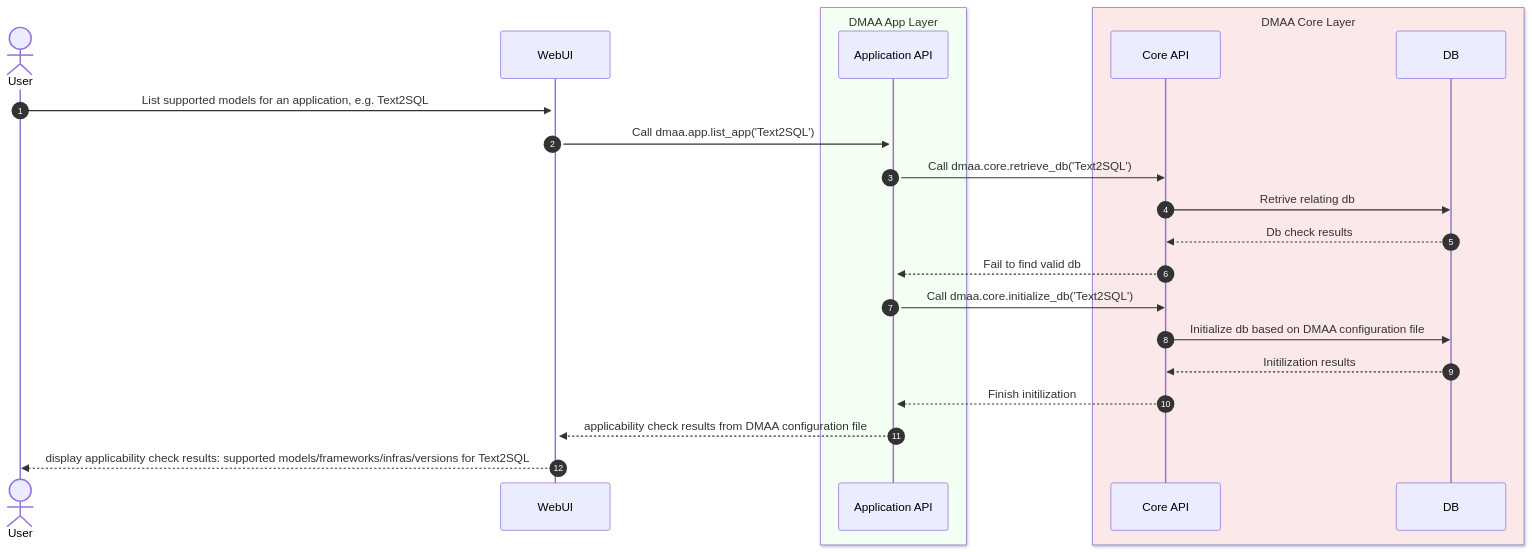
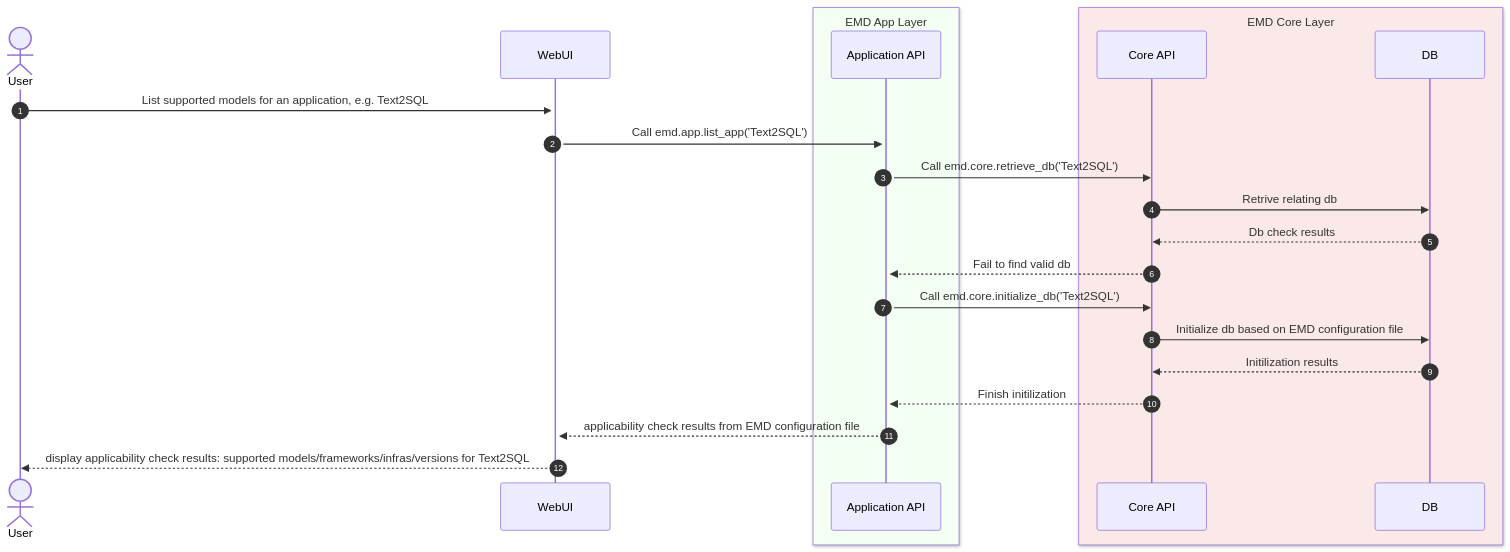
The diagram in docs/time-sequence/applicability-check-before-initialization.md (yanbasic/easy-model-deployer), drawn with Mermaid before and after one commit. The commit also changed 192 other files, not shown here.

````diff
--- a/docs/time-sequence/applicability-check-before-initialization.md
+++ b/docs/time-sequence/applicability-check-before-initialization.md
@@ -5,26 +5,26 @@
 ```mermaid
 sequenceDiagram
     autonumber
     actor User
     User->>+WebUI: List supported models for an application, e.g. Text2SQL
-    box rgb(243, 255, 242) DMAA App Layer
+    box rgb(243, 255, 242) EMD App Layer
     participant Application API
     end
 
-    box rgb(250, 233, 232) DMAA Core Layer
+    box rgb(250, 233, 232) EMD Core Layer
     participant Core API
     participant DB
     end
 
-    WebUI->>+Application API: Call dmaa.app.list_app('Text2SQL')
-    Application API->>Core API: Call dmaa.core.retrieve_db('Text2SQL')
+    WebUI->>+Application API: Call emd.app.list_app('Text2SQL')
+    Application API->>Core API: Call emd.core.retrieve_db('Text2SQL')
     Core API->>DB: Retrive relating db
     DB-->>Core API: Db check results
     Core API-->>Application API: Fail to find valid db
-    Application API->>Core API: Call dmaa.core.initialize_db('Text2SQL')
-    Core API->>DB: Initialize db based on DMAA configuration file
+    Application API->>Core API: Call emd.core.initialize_db('Text2SQL')
+    Core API->>DB: Initialize db based on EMD configuration file
     DB-->>Core API: Initilization results
     Core API-->>Application API: Finish initilization
-    Application API-->>WebUI: applicability check results from DMAA configuration file
+    Application API-->>WebUI: applicability check results from EMD configuration file
     WebUI-->>User: display applicability check results: supported models/frameworks/infras/versions for Text2SQL
 ```
````
